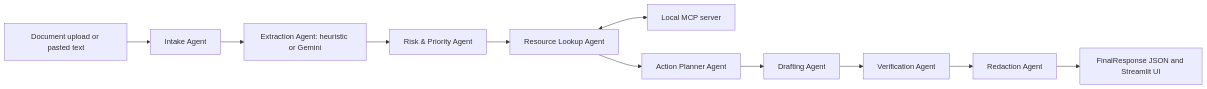
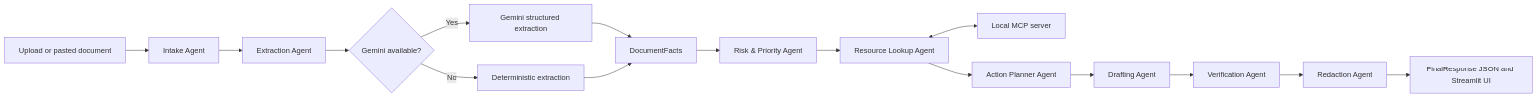
Before and after one commit to Jeevang1-epic/nextstep-agent: the diagram in README.md, drawn with Mermaid. The commit also changed other lines of this file and 29 other files, not shown here.

````diff
--- a/README.md
+++ b/README.md
@@ -26,13 +34,18 @@
 ```mermaid
 flowchart LR
-    A["Document upload or pasted text"] --> B["Intake Agent"]
-    B --> C["Extraction Agent: heuristic or Gemini"]
-    C --> D["Risk & Priority Agent"]
-    D --> E["Resource Lookup Agent"]
-    E <--> K["Local MCP server"]
-    E --> F["Action Planner Agent"]
-    F --> G["Drafting Agent"]
-    G --> H["Verification Agent"]
-    H --> I["Redaction Agent"]
-    I --> J["FinalResponse JSON and Streamlit UI"]
+    A["Upload or pasted document"] --> B["Intake Agent"]
+    B --> C["Extraction Agent"]
+    C --> D{"Gemini available?"}
+    D -->|Yes| E["Gemini structured extraction"]
+    D -->|No| F["Deterministic extraction"]
+    E --> G["DocumentFacts"]
+    F --> G
+    G --> H["Risk & Priority Agent"]
+    H --> I["Resource Lookup Agent"]
+    I <--> J["Local MCP server"]
+    I --> K["Action Planner Agent"]
+    K --> L["Drafting Agent"]
+    L --> M["Verification Agent"]
+    M --> N["Redaction Agent"]
+    N --> O["FinalResponse JSON and Streamlit UI"]
 ```
````
